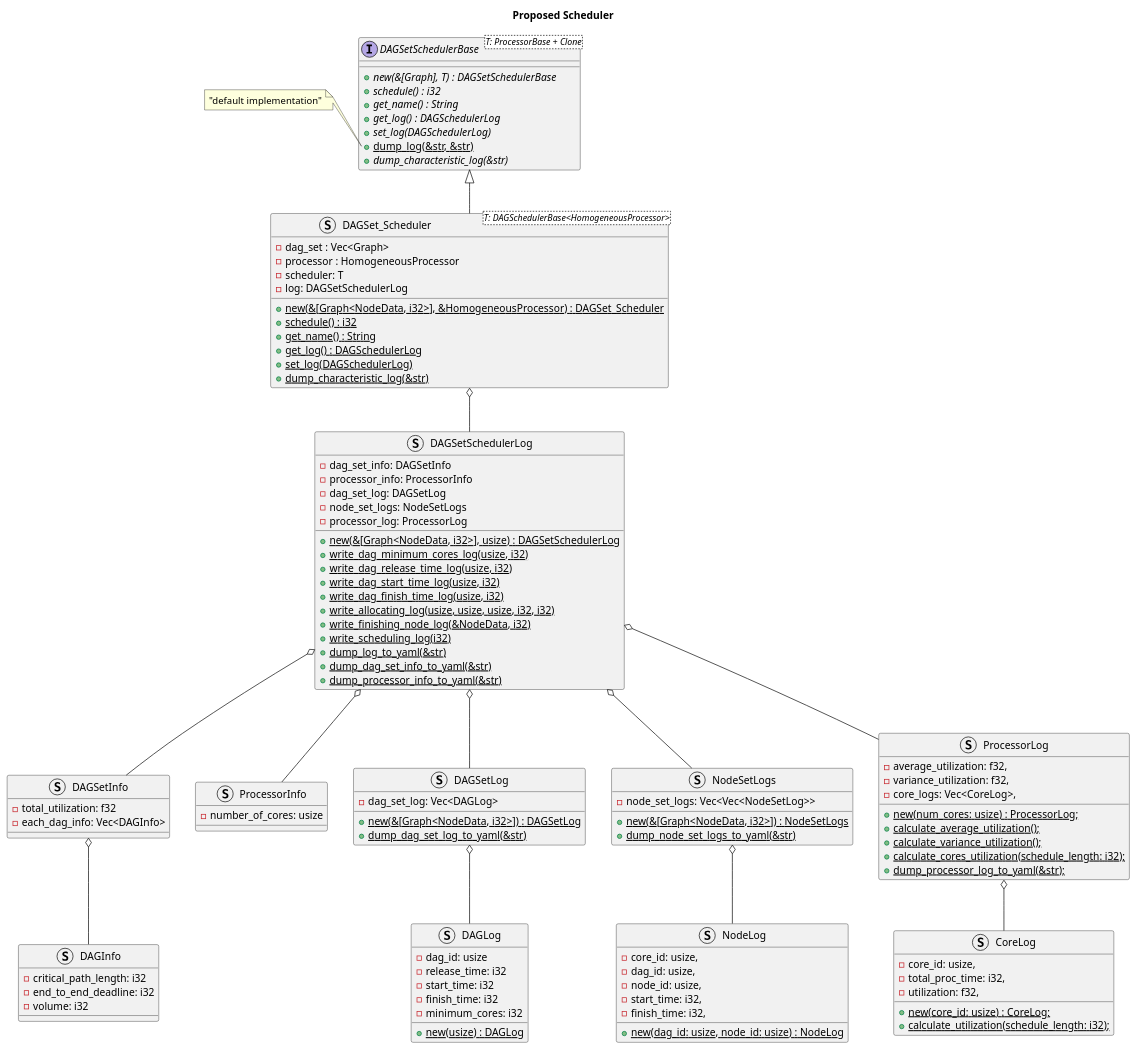
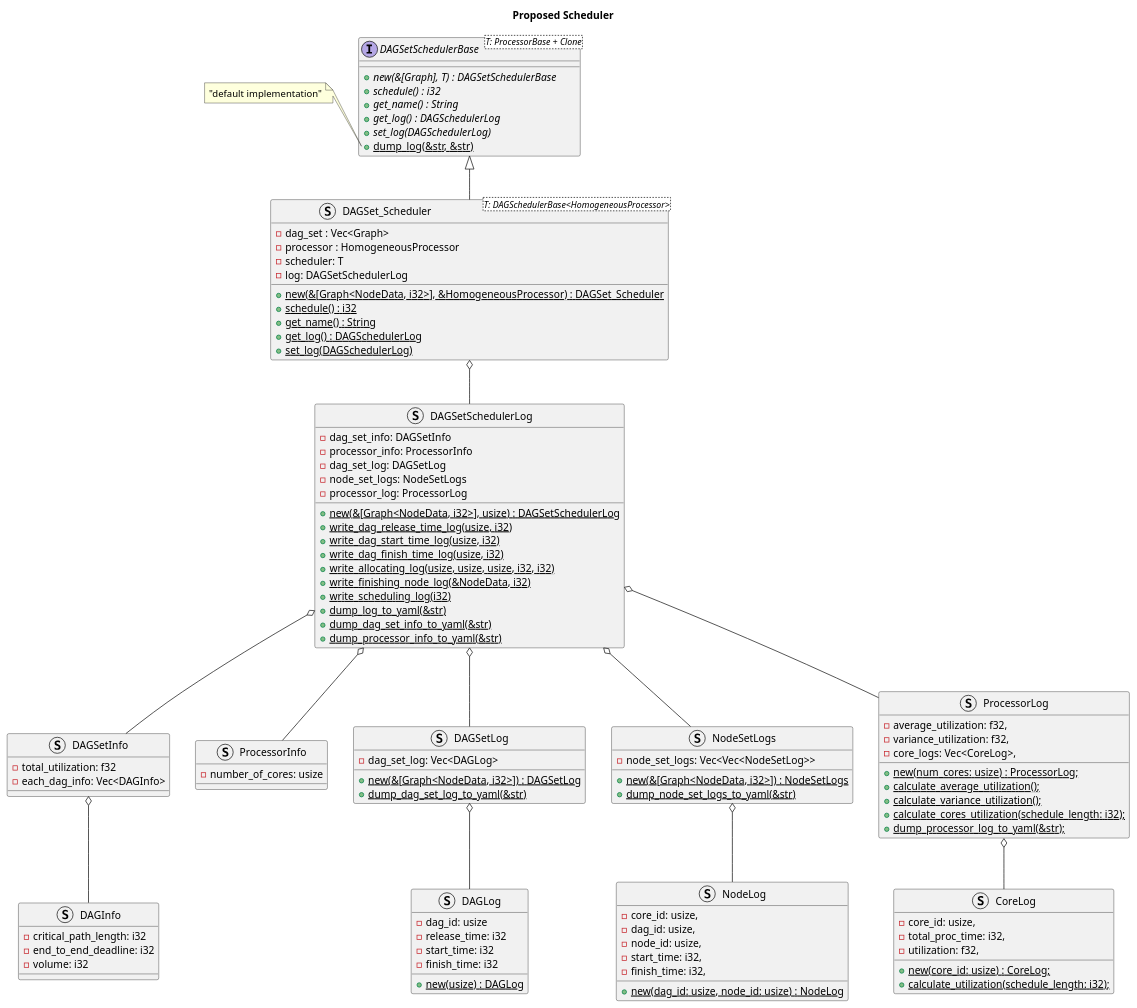
One commit to emb4-team/sched_sim_rust changed the diagram in UML/DAGSetScheduler.pu. Above: the diagram before and after it, drawn with PlantUML. The commit also changed 4 other files, not shown here.

Commit message:
refactor: deleted write_dag_minimum_cores_log

```diff
--- a/UML/DAGSetScheduler.pu
+++ b/UML/DAGSetScheduler.pu
@@ -1,137 +1,133 @@
 @startuml DAGSet_Scheduler
 title Proposed Scheduler
 
     interface DAGSetSchedulerBase<T: ProcessorBase + Clone> {
         + {abstract} new(&[Graph], T) : DAGSetSchedulerBase
         + {abstract} schedule() : i32
         + {abstract} get_name() : String
         + {abstract} get_log() : DAGSchedulerLog
         + {abstract} set_log(DAGSchedulerLog)
         + {static} dump_log(&str, &str)
-        + {abstract} dump_characteristic_log(&str)
     }
 
     note left of DAGSetSchedulerBase::dump_log
     "default implementation"
     end note
 
     struct DAGSetInfo {
         - total_utilization: f32
         - each_dag_info: Vec<DAGInfo>
     }
 
     struct DAGInfo {
         - critical_path_length: i32
         - end_to_end_deadline: i32
         - volume: i32
     }
 
     struct ProcessorInfo {
         - number_of_cores: usize
     }
 
     struct DAGSetSchedulerLog {
         - dag_set_info: DAGSetInfo
         - processor_info: ProcessorInfo
         - dag_set_log: DAGSetLog
         - node_set_logs: NodeSetLogs
         - processor_log: ProcessorLog
 
         + {static} new(&[Graph<NodeData, i32>], usize) : DAGSetSchedulerLog
-        + {static} write_dag_minimum_cores_log(usize, i32)
         + {static} write_dag_release_time_log(usize, i32)
         + {static} write_dag_start_time_log(usize, i32)
         + {static} write_dag_finish_time_log(usize, i32)
         + {static} write_allocating_log(usize, usize, usize, i32, i32)
         + {static} write_finishing_node_log(&NodeData, i32)
         + {static} write_scheduling_log(i32)
         + {static} dump_log_to_yaml(&str)
         + {static} dump_dag_set_info_to_yaml(&str)
         + {static} dump_processor_info_to_yaml(&str)
     }
 
     struct DAGSet_Scheduler<T: DAGSchedulerBase<HomogeneousProcessor>> {
         - dag_set : Vec<Graph>
         - processor : HomogeneousProcessor
         - scheduler: T
         - log: DAGSetSchedulerLog
         + {static} new(&[Graph<NodeData, i32>], &HomogeneousProcessor) : DAGSet_Scheduler
         + {static} schedule() : i32
         + {static} get_name() : String
         + {static} get_log() : DAGSchedulerLog
         + {static} set_log(DAGSchedulerLog)
-        + {static} dump_characteristic_log(&str)
     }
 
     struct DAGSetLog {
         - dag_set_log: Vec<DAGLog>
 
         + {static} new(&[Graph<NodeData, i32>]) : DAGSetLog
         + {static} dump_dag_set_log_to_yaml(&str)
     }
 
     struct DAGLog {
         - dag_id: usize
         - release_time: i32
         - start_time: i32
         - finish_time: i32
-        - minimum_cores: i32
 
         + {static} new(usize) : DAGLog
     }
 
     struct NodeSetLogs {
         - node_set_logs: Vec<Vec<NodeSetLog>>
 
         + {static} new(&[Graph<NodeData, i32>]) : NodeSetLogs
         + {static} dump_node_set_logs_to_yaml(&str)
     }
     
     struct NodeLog {
         - core_id: usize,
         - dag_id: usize,
         - node_id: usize,
         - start_time: i32,
         - finish_time: i32,
 
         + {static} new(dag_id: usize, node_id: usize) : NodeLog
     }
 
     struct ProcessorLog {
         - average_utilization: f32,
         - variance_utilization: f32,
         - core_logs: Vec<CoreLog>,
 
         + {static} new(num_cores: usize) : ProcessorLog;
         + {static} calculate_average_utilization();
         + {static} calculate_variance_utilization();
         + {static} calculate_cores_utilization(schedule_length: i32);
         + {static} dump_processor_log_to_yaml(&str);
     }
 
     struct CoreLog {
         - core_id: usize,
         - total_proc_time: i32,
         - utilization: f32,
 
         + {static} new(core_id: usize) : CoreLog;
         + {static} calculate_utilization(schedule_length: i32);
     }  
 
     DAGSetSchedulerBase <|-down- DAGSet_Scheduler
 
     DAGSet_Scheduler o-down- DAGSetSchedulerLog
 
     DAGSetSchedulerLog o-down- DAGSetInfo
     DAGSetSchedulerLog o-down- ProcessorInfo
     DAGSetSchedulerLog o-down- DAGSetLog
     DAGSetSchedulerLog o-down- NodeSetLogs
     DAGSetSchedulerLog o-down- ProcessorLog
     
     DAGSetInfo o-down- DAGInfo
     DAGSetLog o-down- DAGLog
     NodeSetLogs o-down- NodeLog
     ProcessorLog o-down- CoreLog
 
 
 @enduml
```
